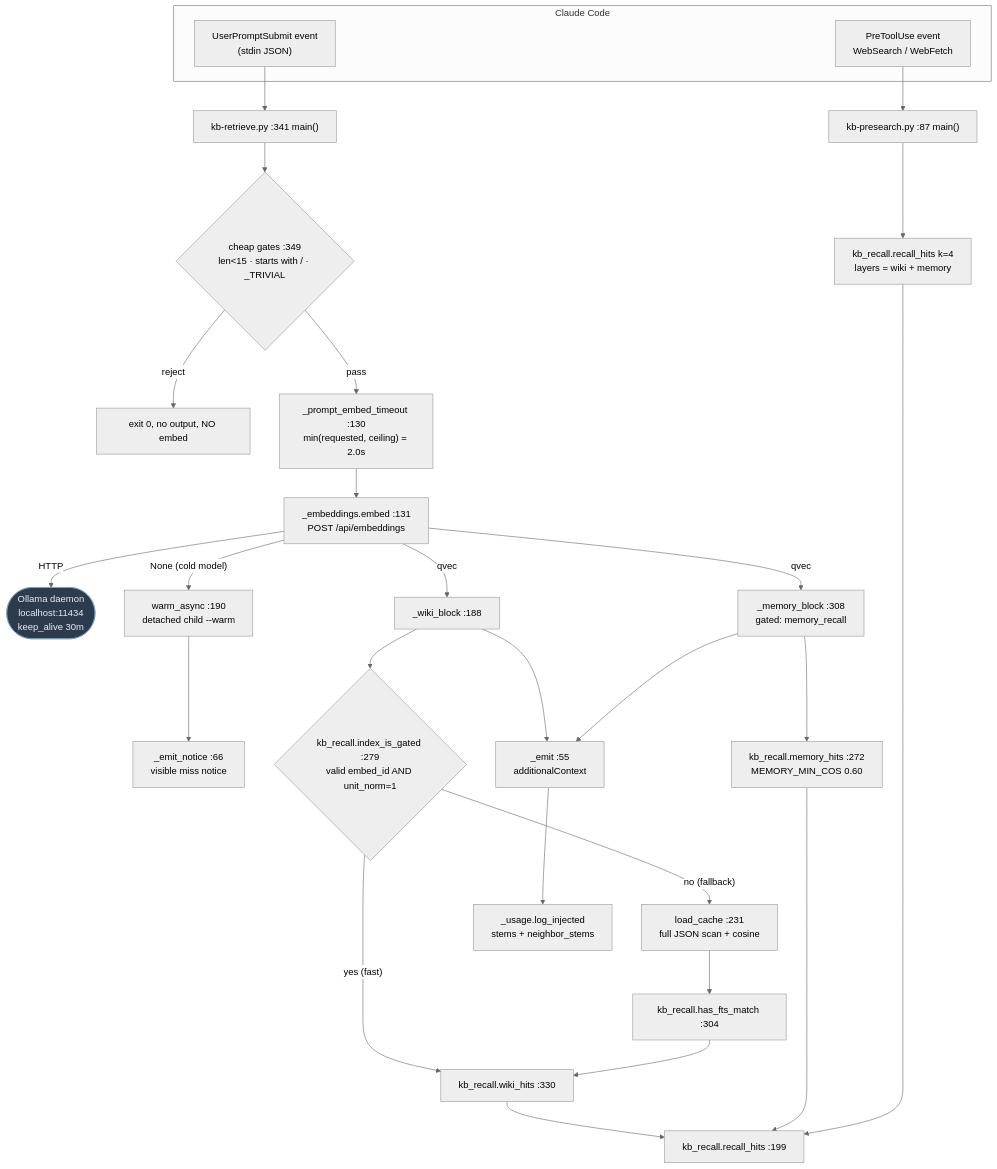
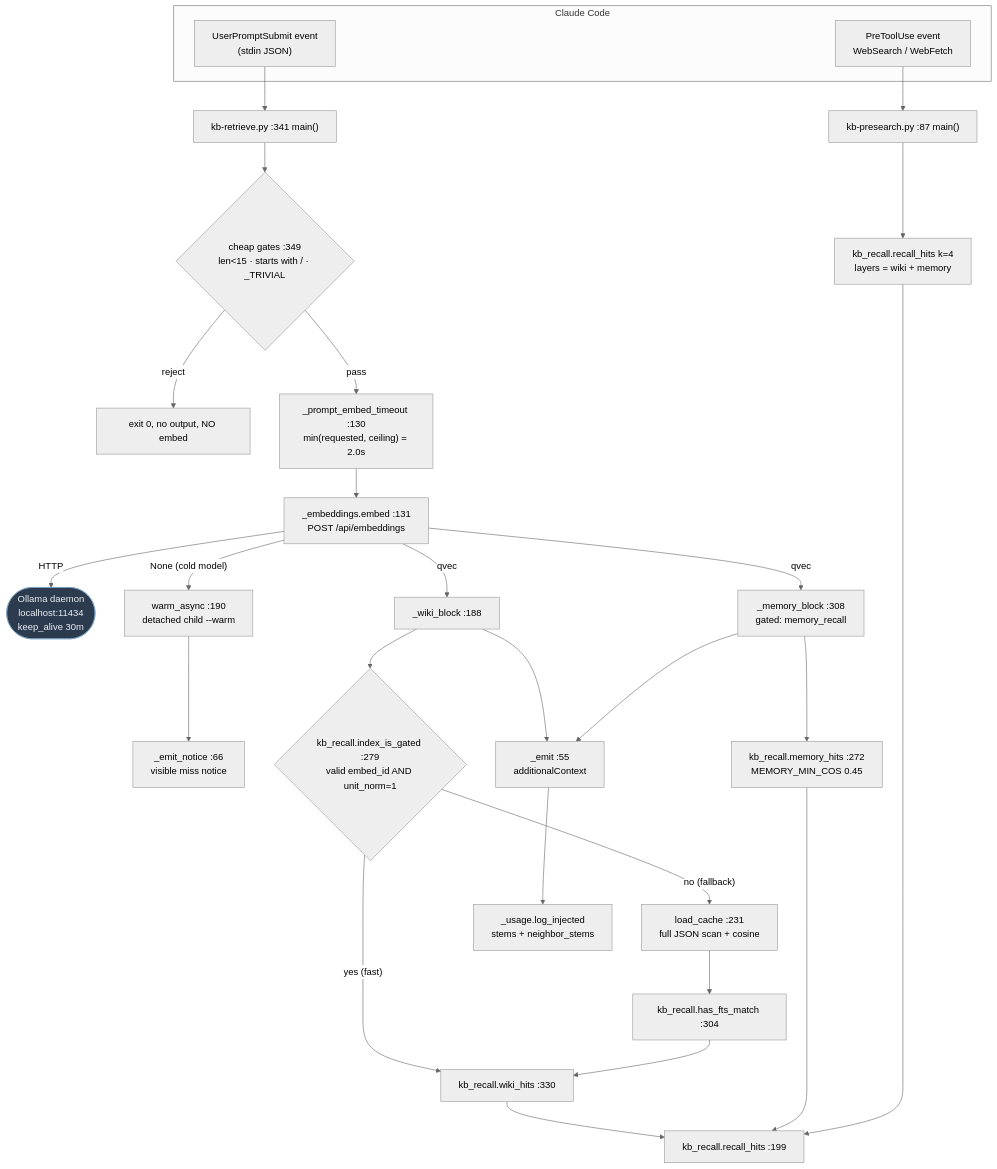
The first of 3 diagrams in C4-Documentation/c4-code-scripts-retrieval.md (Jvdbreemen/LLmWiki-KennisBank), drawn with Mermaid (neutral theme) before and after one commit. The commit also changed other lines of this file and 4 other files, not shown here.

````diff
--- a/C4-Documentation/c4-code-scripts-retrieval.md
+++ b/C4-Documentation/c4-code-scripts-retrieval.md
@@ -743,43 +743,43 @@
 ```mermaid
 flowchart TD
     subgraph CC["Claude Code"]
         UPS["UserPromptSubmit event<br/>(stdin JSON)"]
         PTU["PreToolUse event<br/>WebSearch / WebFetch"]
     end
 
     UPS --> RET["kb-retrieve.py :341 main()"]
     PTU --> PRE["kb-presearch.py :87 main()"]
 
     RET --> GATE{"cheap gates :349<br/>len<15 · starts with / · _TRIVIAL"}
     GATE -->|"reject"| NOOP["exit 0, no output, NO embed"]
     GATE -->|"pass"| TMO["_prompt_embed_timeout :130<br/>min(requested, ceiling) = 2.0s"]
 
     TMO --> EMB["_embeddings.embed :131<br/>POST /api/embeddings"]
     EMB -->|"HTTP"| OLL(["Ollama daemon<br/>localhost:11434<br/>keep_alive 30m"])
 
     EMB -->|"None (cold model)"| COLD["warm_async :190<br/>detached child --warm"]
     COLD --> NOTE["_emit_notice :66<br/>visible miss notice"]
 
     EMB -->|"qvec"| WB["_wiki_block :188"]
     EMB -->|"qvec"| MB["_memory_block :308<br/>gated: memory_recall"]
 
     WB --> GATED{"kb_recall.index_is_gated :279<br/>valid embed_id AND unit_norm=1"}
     GATED -->|"yes (fast)"| WH["kb_recall.wiki_hits :330"]
     GATED -->|"no (fallback)"| JC["load_cache :231<br/>full JSON scan + cosine"]
     JC --> FTS["kb_recall.has_fts_match :304"]
     FTS --> WH
 
-    MB --> MH["kb_recall.memory_hits :272<br/>MEMORY_MIN_COS 0.60"]
+    MB --> MH["kb_recall.memory_hits :272<br/>MEMORY_MIN_COS 0.45"]
     PRE --> RH0["kb_recall.recall_hits k=4<br/>layers = wiki + memory"]
 
     WH --> RH["kb_recall.recall_hits :199"]
     MH --> RH
     RH0 --> RH
 
     WB --> OUT["_emit :55<br/>additionalContext"]
     MB --> OUT
     OUT --> USG["_usage.log_injected<br/>stems + neighbor_stems"]
 
     classDef ext fill:#2d3b4e,stroke:#7aa2c4,color:#e8eef5
     class OLL ext
 ```
````
